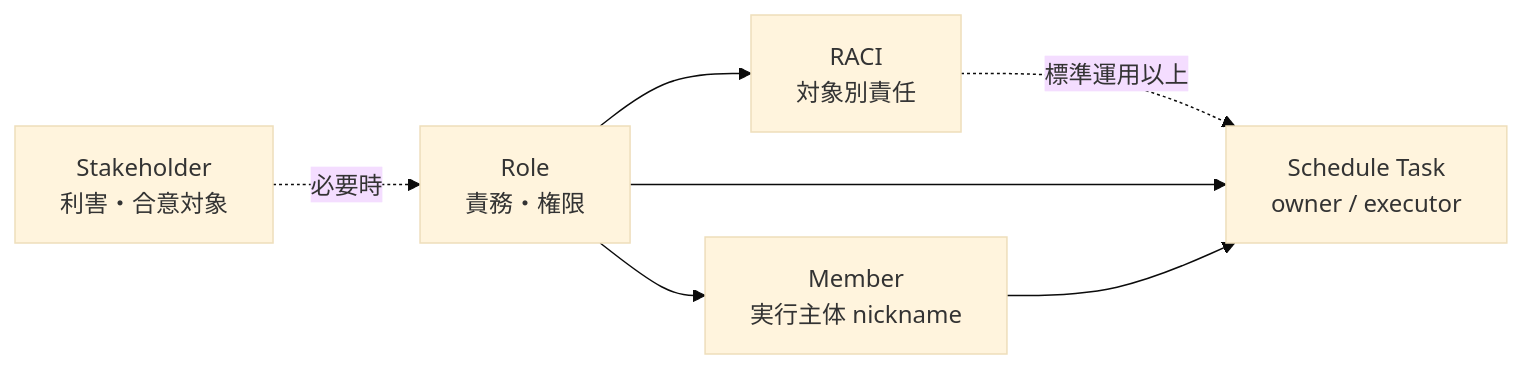
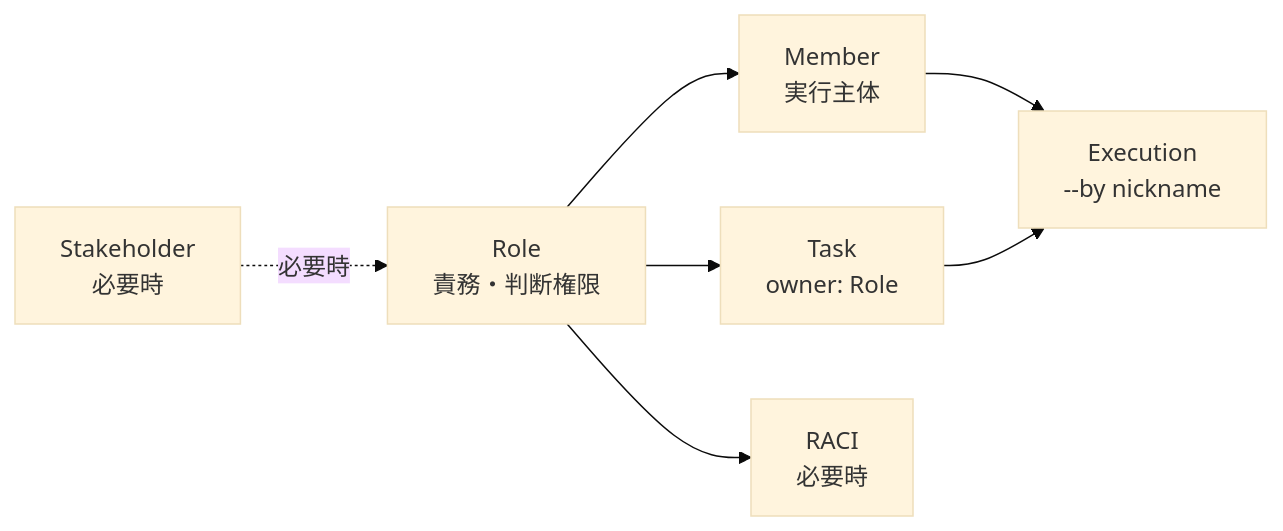
One commit to specdojo/specdojo changed the diagram in docs/ja/specdojo/standards/people-and-organization-definition-standard.md. Above: the diagram before and after it, drawn with Mermaid (base theme). The commit also changed other lines of this file and 9 other files, not shown here.

````diff
--- a/docs/ja/specdojo/standards/people-and-organization-definition-standard.md
+++ b/docs/ja/specdojo/standards/people-and-organization-definition-standard.md
@@ -208,15 +38,16 @@
 ```mermaid
 flowchart LR
-  SH["Stakeholder<br/>利害・合意対象"]
-  ROLE["Role<br/>責務・権限"]
-  MEMBER["Member<br/>実行主体 nickname"]
-  RACI["RACI<br/>対象別責任"]
-  SCH["Schedule Task<br/>owner / executor"]
+  ROLE["Role<br/>責務・判断権限"]
+  MEMBER["Member<br/>実行主体"]
+  TASK["Task<br/>owner: Role"]
+  EXEC["Execution<br/>--by nickname"]
+  RACI["RACI<br/>必要時"]
+  STH["Stakeholder<br/>必要時"]
 
-  SH -.必要時.-> ROLE
   ROLE --> MEMBER
+  ROLE --> TASK
+  MEMBER --> EXEC
+  TASK --> EXEC
   ROLE --> RACI
-  RACI -.標準運用以上.-> SCH
-  ROLE --> SCH
-  MEMBER --> SCH
+  STH -.必要時.-> ROLE
 ```
````
